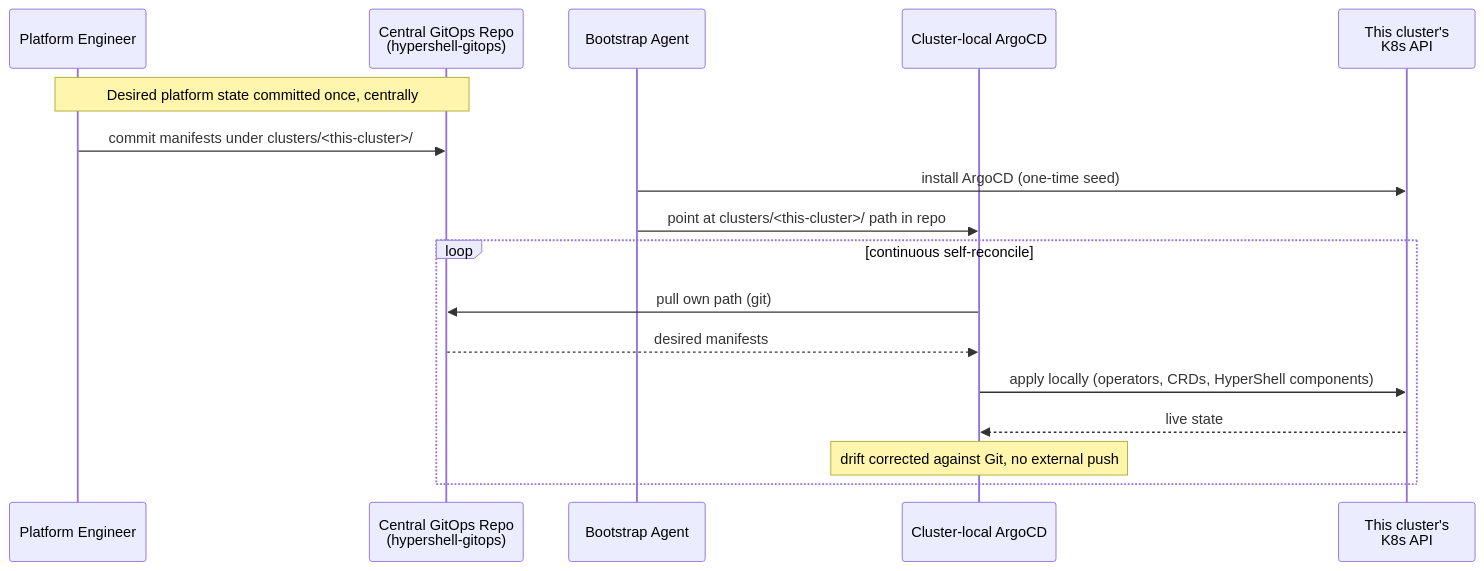
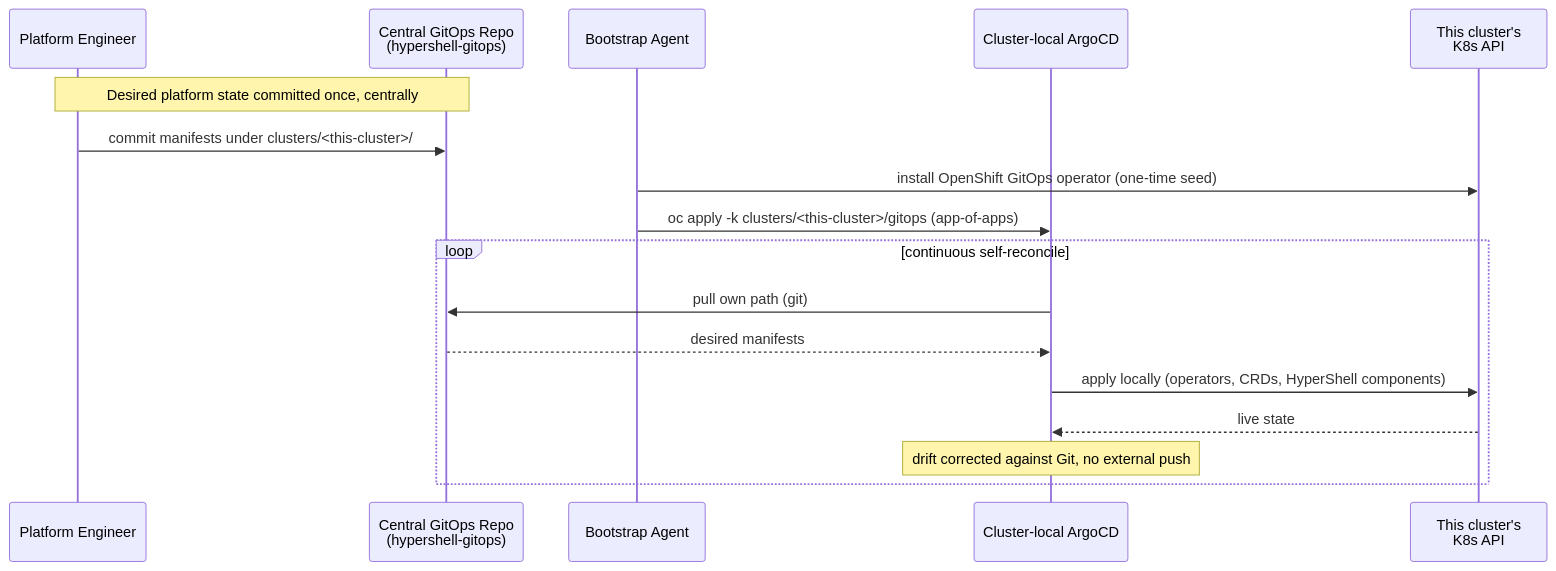
One commit to RunItBack1127/hypershell changed the fifth of 8 diagrams in specs/platform/global-architecture.spec.md. Above: the diagram before and after it, drawn with Mermaid. The commit also changed other lines of this file, not shown here.

First line of the commit message:
spec: align GitOps Repository Structure with hypershell-gitops repo

````diff
--- a/specs/platform/global-architecture.spec.md
+++ b/specs/platform/global-architecture.spec.md
@@ -265,20 +265,20 @@
 ```mermaid
 sequenceDiagram
     participant Eng as Platform Engineer
     participant Repo as Central GitOps Repo<br/>(hypershell-gitops)
     participant Boot as Bootstrap Agent
     participant Argo as Cluster-local ArgoCD
     participant K8s as This cluster's<br/>K8s API
 
     Note over Eng,Repo: Desired platform state committed once, centrally
     Eng->>Repo: commit manifests under clusters/<this-cluster>/
-    Boot->>K8s: install ArgoCD (one-time seed)
-    Boot->>Argo: point at clusters/<this-cluster>/ path in repo
+    Boot->>K8s: install OpenShift GitOps operator (one-time seed)
+    Boot->>Argo: oc apply -k clusters/<this-cluster>/gitops (app-of-apps)
     loop continuous self-reconcile
         Argo->>Repo: pull own path (git)
         Repo-->>Argo: desired manifests
         Argo->>K8s: apply locally (operators, CRDs, HyperShell components)
         K8s-->>Argo: live state
         Note over Argo: drift corrected against Git, no external push
     end
 ```
````
